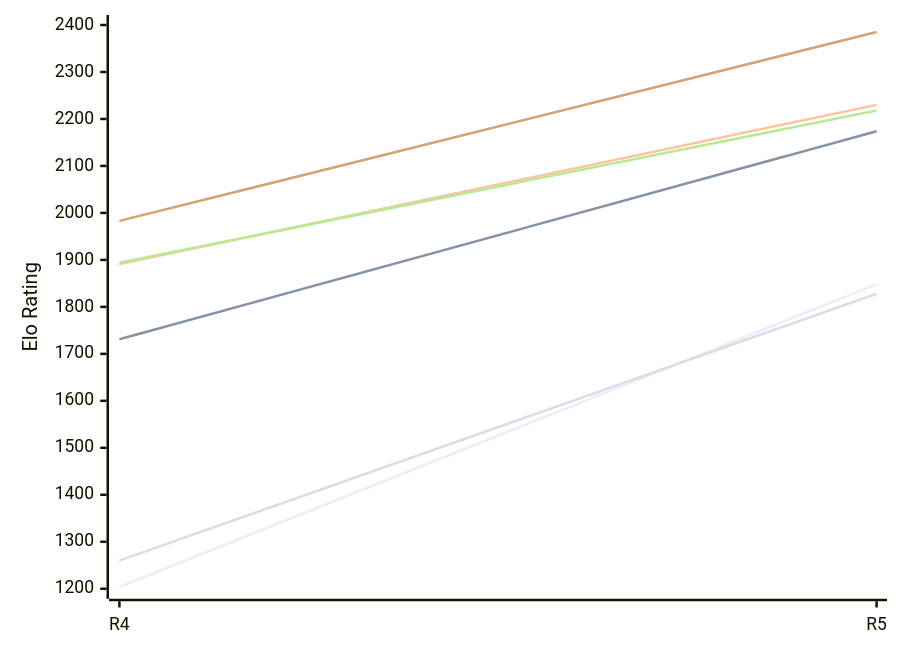
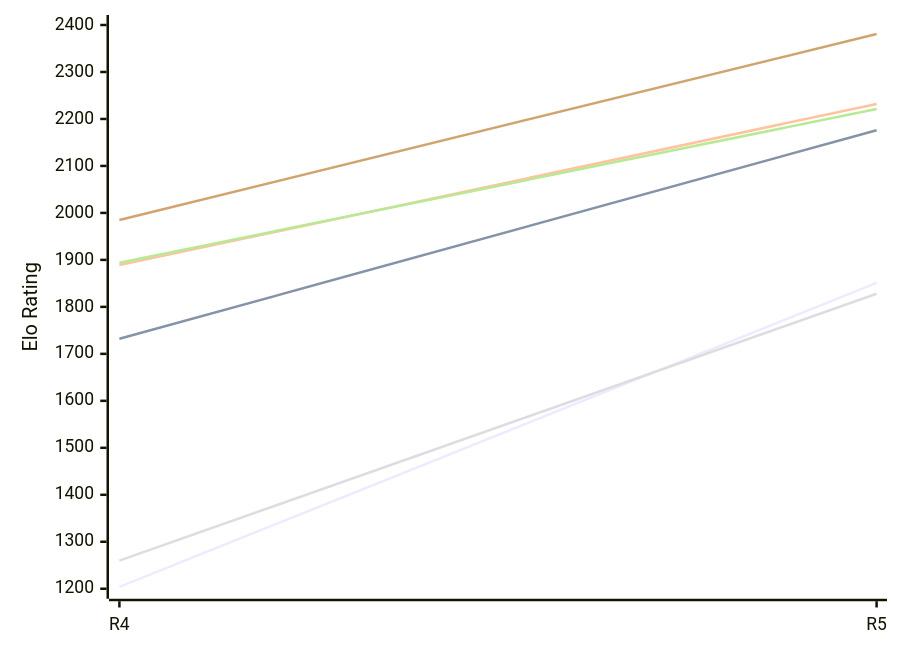
One commit to computer-chess-index/cci changed the first of 2 diagrams in engines/Viking.md. Above: the diagram before and after it, drawn with Mermaid. The commit also changed other lines of this file, not shown here.

Commit message:
Update CCI Ratings (ELO VLTC) - 2026-11-26

````diff
--- a/engines/Viking.md
+++ b/engines/Viking.md
@@ -50,12 +50,12 @@
 ```mermaid
 %%{init: {"theme":"base","themeVariables":{"seriesColors:['#a3a3a3','#222221','#faa371']}}}%%
 xychart-beta
   x-axis ["R4", "R5"]
   y-axis "Elo Rating" 1200 --> 2400
-  line "E1: STC (8.0+0.08s)" [1204, 1848]
-  line "E1: LTC (60.0+0.60s)" [1731, 2174]
-  line "E1: VLTC (2m24s+1.12s)" [1891, 2230]
+  line "E1: STC (8.0+0.08s)" [1204, 1851]
+  line "E1: LTC (60.0+0.60s)" [1732, 2176]
+  line "E1: VLTC (2m24s+1.12s)" [1889, 2232]
   line "P1: STC (8.0+0.08s)" [1260, 1828]
-  line "P1: LTC (60.0+0.60s)" [1894, 2218]
-  line "P1: VLTC (2m24s+1.12s)" [1983, 2385]
+  line "P1: LTC (60.0+0.60s)" [1894, 2221]
+  line "P1: VLTC (2m24s+1.12s)" [1985, 2381]
 ```
````
